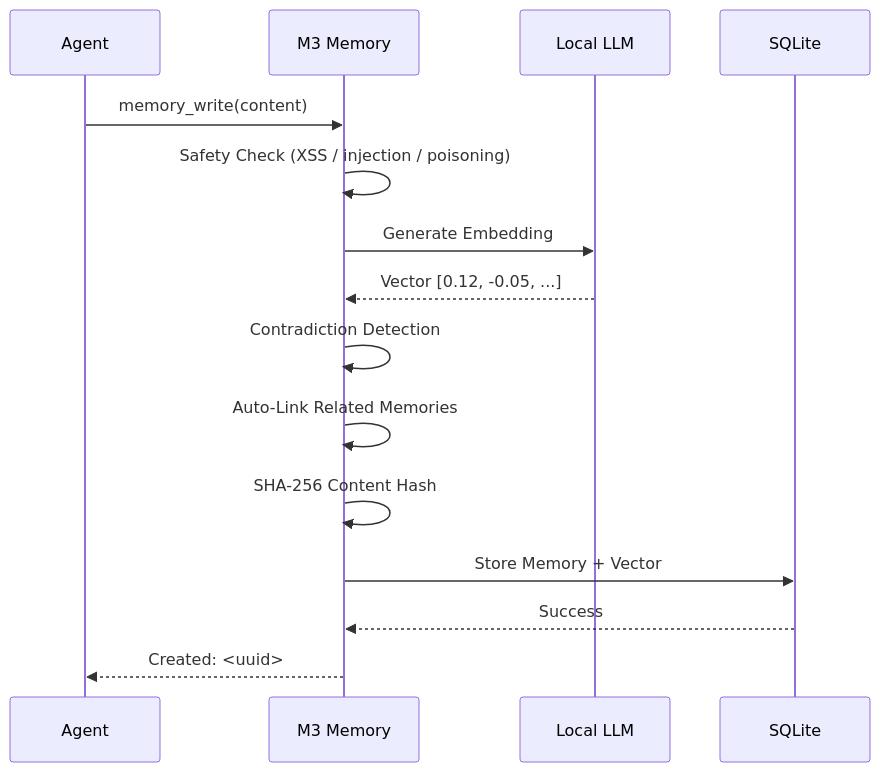
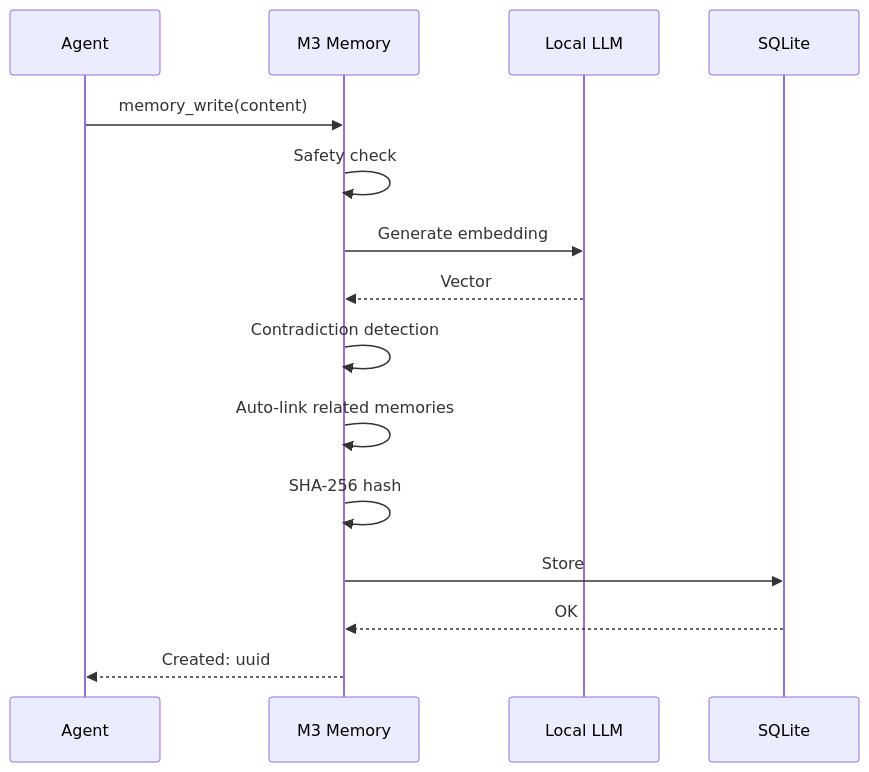
Before and after one commit to skynetcmd/m3-memory: the second of 2 diagrams in README.md, drawn with Mermaid. The commit also changed other lines of this file and 20 other files, not shown here.

````diff
--- a/README.md
+++ b/README.md
@@ -260,18 +244,18 @@
 ```mermaid
 sequenceDiagram
     participant A as Agent
     participant M as M3 Memory
     participant L as Local LLM
     participant S as SQLite
 
     A->>M: memory_write(content)
-    M->>M: Safety Check (XSS / injection / poisoning)
-    M->>L: Generate Embedding
-    L-->>M: Vector [0.12, -0.05, ...]
-    M->>M: Contradiction Detection
-    M->>M: Auto-Link Related Memories
-    M->>M: SHA-256 Content Hash
-    M->>S: Store Memory + Vector
-    S-->>M: Success
-    M-->>A: Created: <uuid>
+    M->>M: Safety check
+    M->>L: Generate embedding
+    L-->>M: Vector
+    M->>M: Contradiction detection
+    M->>M: Auto-link related memories
+    M->>M: SHA-256 hash
+    M->>S: Store
+    S-->>M: OK
+    M-->>A: Created: uuid
 ```
````
